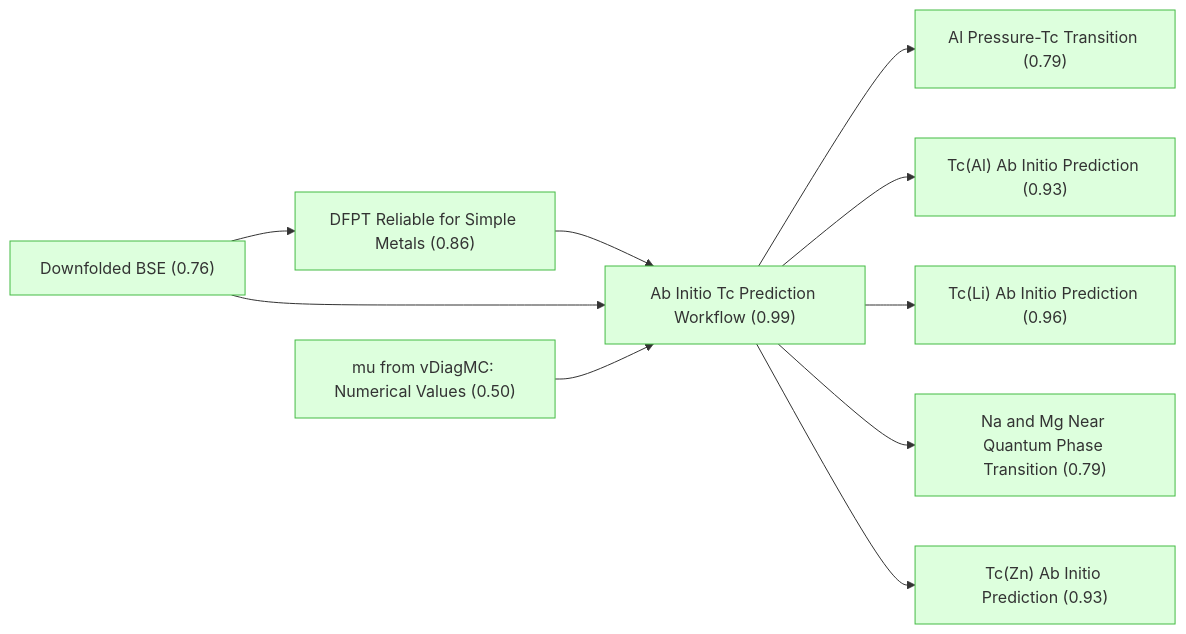
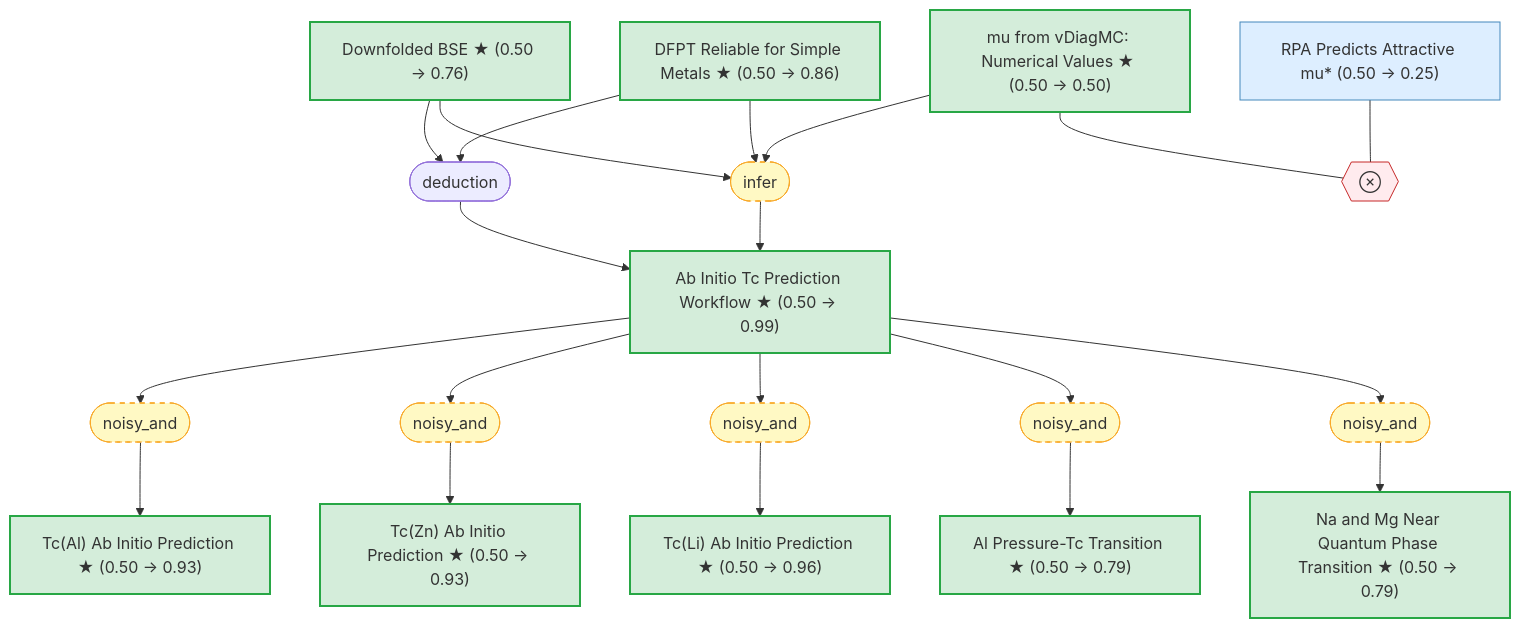
The diagram in README.md (kunyuan/SuperconductivityElectronLiquids.gaia), drawn with Mermaid before and after one commit. The commit also changed other lines of this file and 47 other files, not shown here.

````diff
--- a/README.md
+++ b/README.md
@@ -7,31 +10,50 @@
 ```mermaid
-graph LR
-    downfolded_bse["Downfolded BSE (0.76)"]:::derived
-    mu_vdiagmc_values["mu from vDiagMC: Numerical Values (0.50)"]:::derived
-    dfpt_reliable_for_simple_metals["DFPT Reliable for Simple Metals (0.86)"]:::derived
-    ab_initio_workflow["Ab Initio Tc Prediction Workflow (0.99)"]:::derived
-    tc_al_predicted["Tc(Al) Ab Initio Prediction (0.93)"]:::derived
-    tc_zn_predicted["Tc(Zn) Ab Initio Prediction (0.93)"]:::derived
-    tc_li_predicted["Tc(Li) Ab Initio Prediction (0.96)"]:::derived
-    al_pressure_transition["Al Pressure-Tc Transition (0.79)"]:::derived
-    tc_mg_na_near_qpt["Na and Mg Near Quantum Phase Transition (0.79)"]:::derived
-    ab_initio_workflow --> al_pressure_transition
-    ab_initio_workflow --> tc_al_predicted
-    ab_initio_workflow --> tc_li_predicted
-    ab_initio_workflow --> tc_mg_na_near_qpt
-    ab_initio_workflow --> tc_zn_predicted
-    dfpt_reliable_for_simple_metals --> ab_initio_workflow
-    downfolded_bse --> ab_initio_workflow
-    downfolded_bse --> dfpt_reliable_for_simple_metals
-    mu_vdiagmc_values --> ab_initio_workflow
+graph TD
+    downfolded_bse["Downfolded BSE ★ (0.50 → 0.76)"]:::exported
+    mu_vdiagmc_values["mu from vDiagMC: Numerical Values ★ (0.50 → 0.50)"]:::exported
+    dfpt_reliable_for_simple_metals["DFPT Reliable for Simple Metals ★ (0.50 → 0.86)"]:::exported
+    ab_initio_workflow["Ab Initio Tc Prediction Workflow ★ (0.50 → 0.99)"]:::exported
+    tc_al_predicted["Tc(Al) Ab Initio Prediction ★ (0.50 → 0.93)"]:::exported
+    tc_zn_predicted["Tc(Zn) Ab Initio Prediction ★ (0.50 → 0.93)"]:::exported
+    tc_li_predicted["Tc(Li) Ab Initio Prediction ★ (0.50 → 0.96)"]:::exported
+    al_pressure_transition["Al Pressure-Tc Transition ★ (0.50 → 0.79)"]:::exported
+    tc_mg_na_near_qpt["Na and Mg Near Quantum Phase Transition ★ (0.50 → 0.79)"]:::exported
+    strat_20(["deduction"])
+    downfolded_bse --> strat_20
+    dfpt_reliable_for_simple_metals --> strat_20
+    strat_20 --> ab_initio_workflow
+    strat_21(["infer"]):::weak
+    downfolded_bse --> strat_21
+    mu_vdiagmc_values --> strat_21
+    dfpt_reliable_for_simple_metals --> strat_21
+    strat_21 --> ab_initio_workflow
+    strat_22(["noisy_and"]):::weak
+    ab_initio_workflow --> strat_22
+    strat_22 --> tc_al_predicted
+    strat_23(["noisy_and"]):::weak
+    ab_initio_workflow --> strat_23
+    strat_23 --> tc_zn_predicted
+    strat_24(["noisy_and"]):::weak
+    ab_initio_workflow --> strat_24
+    strat_24 --> tc_li_predicted
+    strat_25(["noisy_and"]):::weak
+    ab_initio_workflow --> strat_25
+    strat_25 --> al_pressure_transition
+    strat_26(["noisy_and"]):::weak
+    ab_initio_workflow --> strat_26
+    strat_26 --> tc_mg_na_near_qpt
+    oper_1{{"⊗"}}:::contra
+    rpa_predicts_attractive_mu["RPA Predicts Attractive mu#ast; (0.50 → 0.25)"]:::premise
+    rpa_predicts_attractive_mu --- oper_1
+    mu_vdiagmc_values --- oper_1
 
     classDef setting fill:#f0f0f0,stroke:#999,color:#333
     classDef premise fill:#ddeeff,stroke:#4488bb,color:#333
     classDef derived fill:#ddffdd,stroke:#44bb44,color:#333
     classDef question fill:#fff3dd,stroke:#cc9944,color:#333
     classDef background fill:#f5f5f5,stroke:#bbb,stroke-dasharray: 5 5,color:#333
     classDef orphan fill:#fff,stroke:#ccc,stroke-dasharray: 5 5,color:#333
-    classDef external fill:#fff,stroke:#aaa,stroke-dasharray: 3 3,color:#333
+    classDef exported fill:#d4edda,stroke:#28a745,stroke-width:2px,color:#333
     classDef weak fill:#fff9c4,stroke:#f9a825,stroke-dasharray: 5 5,color:#333
     classDef contra fill:#ffebee,stroke:#c62828,color:#333
 ```
````
